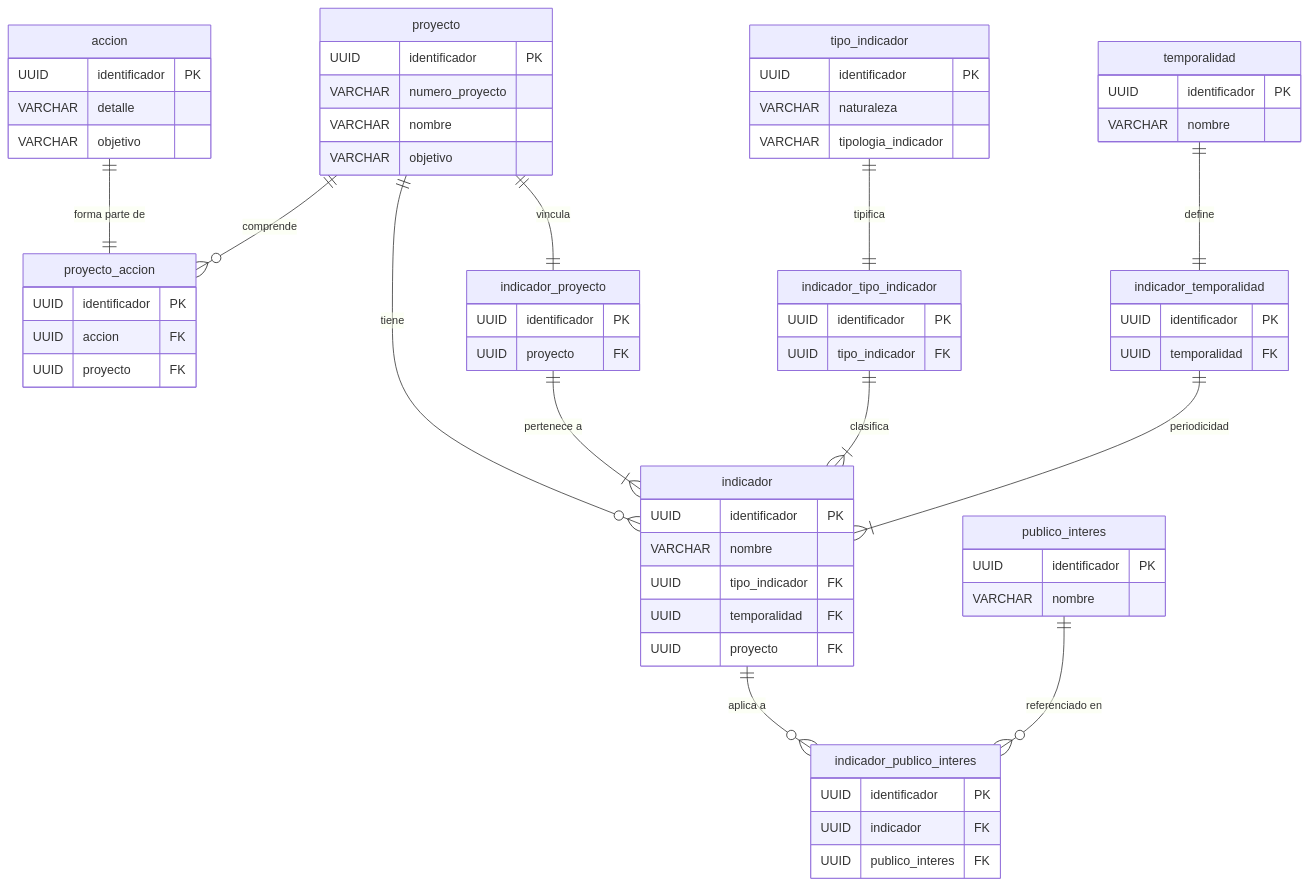
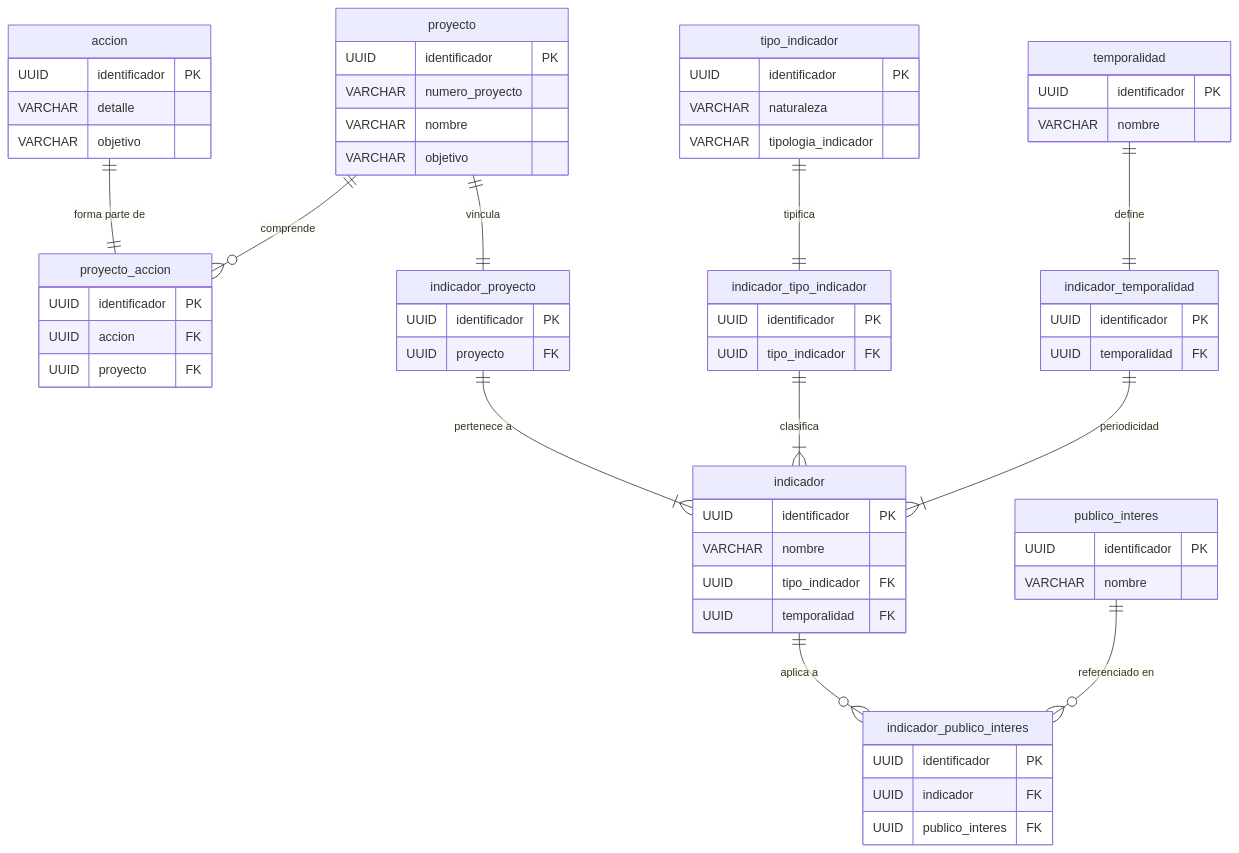
Before and after one commit to sibeuco/DocumentacionSibe: the seventh of 7 diagrams in docs/artifacts/24.diagrama_del_modelo_entidad_relacion.md, drawn with Mermaid. The commit also changed other lines of this file and 5 other files, not shown here.

````diff
--- a/docs/artifacts/24.diagrama_del_modelo_entidad_relacion.md
+++ b/docs/artifacts/24.diagrama_del_modelo_entidad_relacion.md
@@ -557,78 +562,76 @@
 ```mermaid
 erDiagram
     proyecto {
         UUID identificador PK
         VARCHAR numero_proyecto
         VARCHAR nombre
         VARCHAR objetivo
     }
 
     accion {
         UUID identificador PK
         VARCHAR detalle
         VARCHAR objetivo
     }
 
     proyecto_accion {
         UUID identificador PK
         UUID accion FK
         UUID proyecto FK
     }
 
     indicador {
         UUID identificador PK
         VARCHAR nombre
         UUID tipo_indicador FK
         UUID temporalidad FK
-        UUID proyecto FK
     }
 
     tipo_indicador {
         UUID identificador PK
         VARCHAR naturaleza
         VARCHAR tipologia_indicador
     }
 
     indicador_tipo_indicador {
         UUID identificador PK
         UUID tipo_indicador FK
     }
 
     temporalidad {
         UUID identificador PK
         VARCHAR nombre
     }
 
     indicador_temporalidad {
         UUID identificador PK
         UUID temporalidad FK
     }
 
     indicador_proyecto {
         UUID identificador PK
         UUID proyecto FK
     }
 
     publico_interes {
         UUID identificador PK
         VARCHAR nombre
     }
 
     indicador_publico_interes {
         UUID identificador PK
         UUID indicador FK
         UUID publico_interes FK
     }
 
     proyecto ||--o{ proyecto_accion : "comprende"
     accion ||--|| proyecto_accion : "forma parte de"
-    proyecto ||--o{ indicador : "tiene"
     tipo_indicador ||--|| indicador_tipo_indicador : "tipifica"
     indicador_tipo_indicador ||--|{ indicador : "clasifica"
     temporalidad ||--|| indicador_temporalidad : "define"
     indicador_temporalidad ||--|{ indicador : "periodicidad"
     proyecto ||--|| indicador_proyecto : "vincula"
     indicador_proyecto ||--|{ indicador : "pertenece a"
     publico_interes ||--o{ indicador_publico_interes : "referenciado en"
     indicador ||--o{ indicador_publico_interes : "aplica a"
 ```
````
